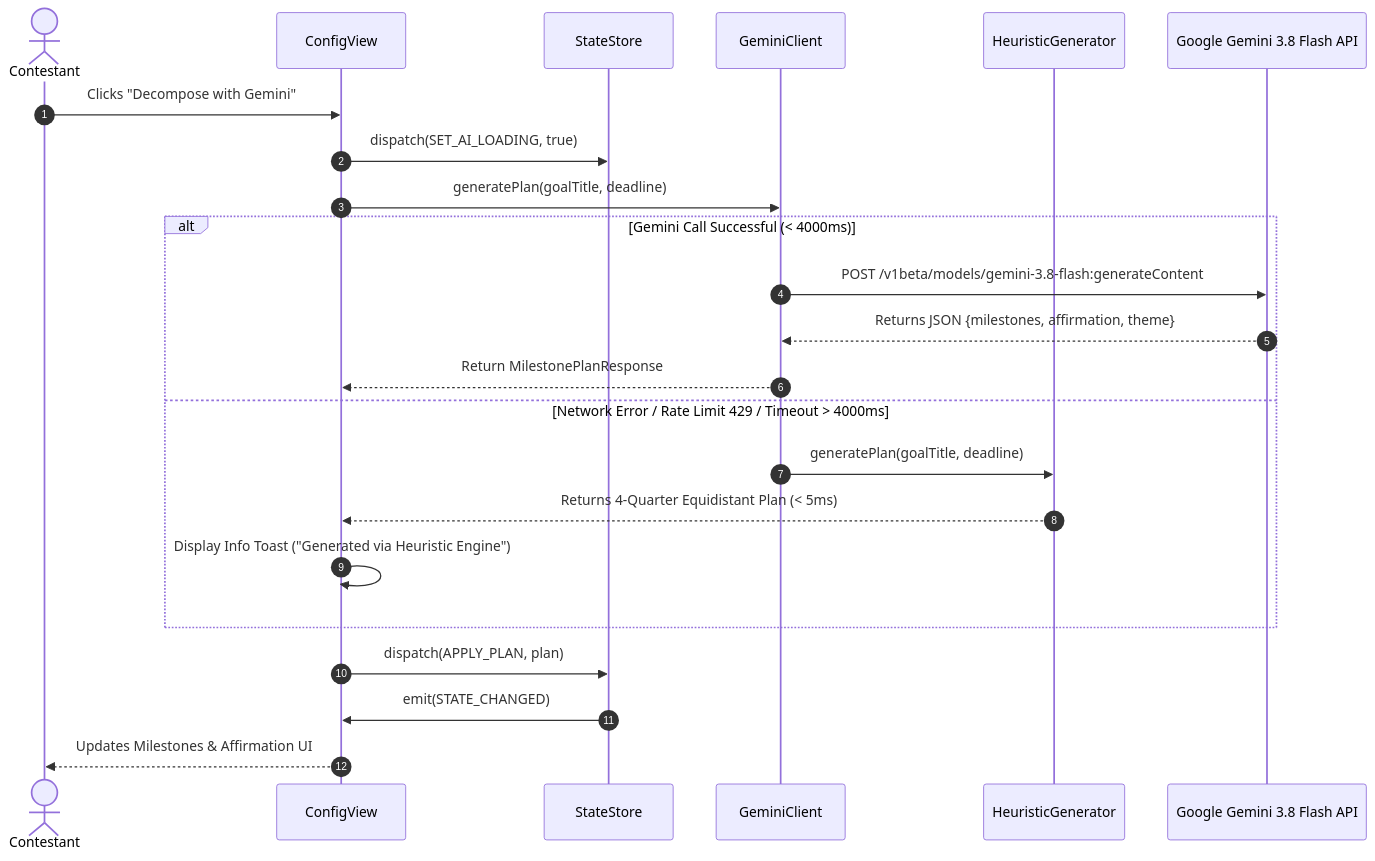
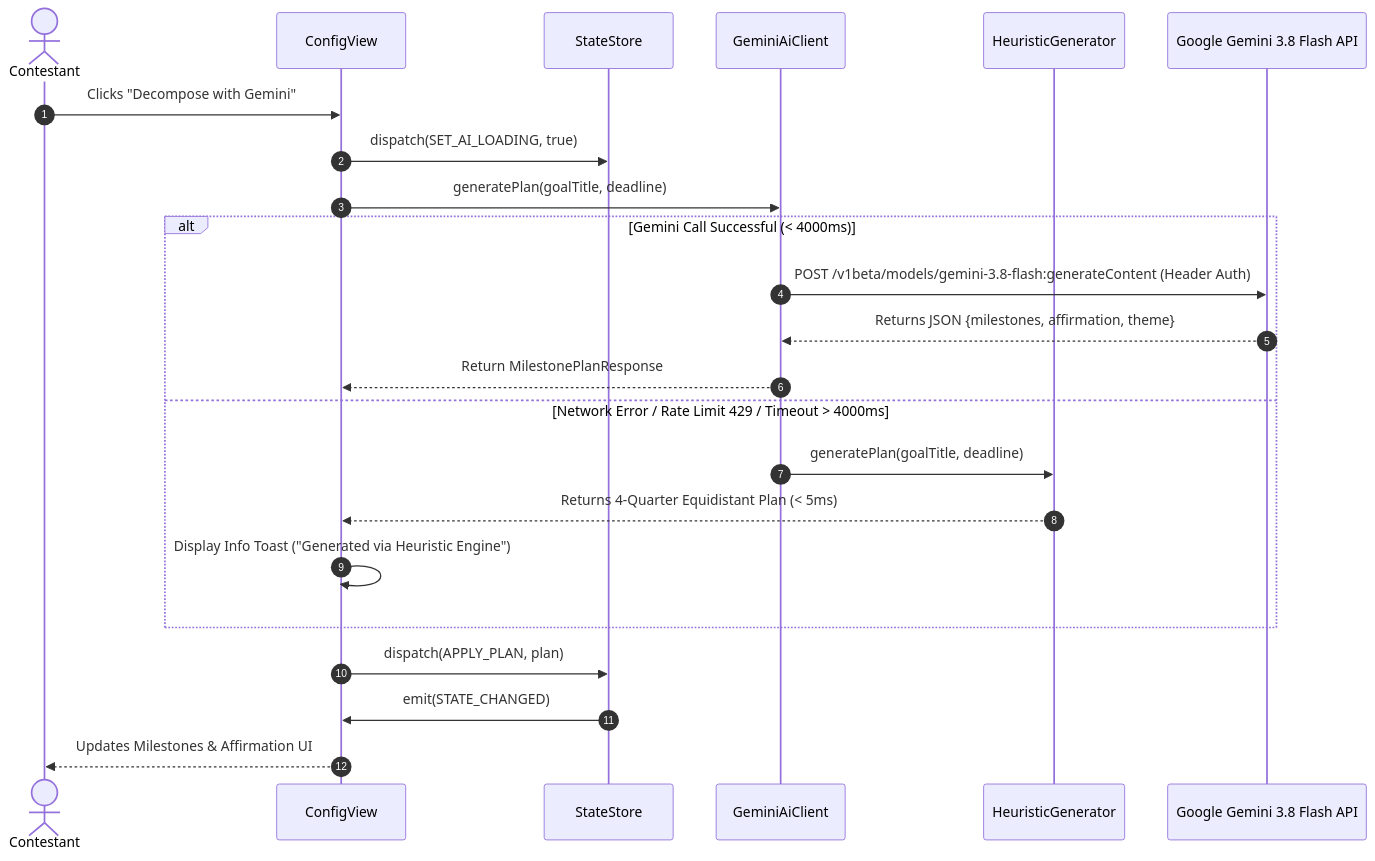
Before and after one commit to piyushmakhija28/countdown-lockscreen-challenge: the second of 10 diagrams in docs/lld/02-dynamic-interaction-sequences.md, drawn with Mermaid. The commit also changed other lines of this file and 33 other files, not shown here.

Commit message:
docs(audit): remediate all forensic architectural, mathematical, and code blueprint defects to Level 2.2 standard

````diff
--- a/docs/lld/02-dynamic-interaction-sequences.md
+++ b/docs/lld/02-dynamic-interaction-sequences.md
@@ -43,26 +43,26 @@
 ```mermaid
 sequenceDiagram
     autonumber
     actor User as Contestant
     participant View as ConfigView
     participant Store as StateStore
-    participant Client as GeminiClient
+    participant Client as GeminiAiClient
     participant Fallback as HeuristicGenerator
     participant API as Google Gemini 3.8 Flash API
 
     User->>View: Clicks "Decompose with Gemini"
     View->>Store: dispatch(SET_AI_LOADING, true)
     View->>Client: generatePlan(goalTitle, deadline)
     alt Gemini Call Successful (< 4000ms)
-        Client->>API: POST /v1beta/models/gemini-3.8-flash:generateContent
+        Client->>API: POST /v1beta/models/gemini-3.8-flash:generateContent (Header Auth)
         API-->>Client: Returns JSON {milestones, affirmation, theme}
         Client-->>View: Return MilestonePlanResponse
     else Network Error / Rate Limit 429 / Timeout > 4000ms
         Client->>Fallback: generatePlan(goalTitle, deadline)
         Fallback-->>View: Returns 4-Quarter Equidistant Plan (< 5ms)
         View->>View: Display Info Toast ("Generated via Heuristic Engine")
     end
     View->>Store: dispatch(APPLY_PLAN, plan)
     Store->>View: emit(STATE_CHANGED)
     View-->>User: Updates Milestones & Affirmation UI
 ```
````
